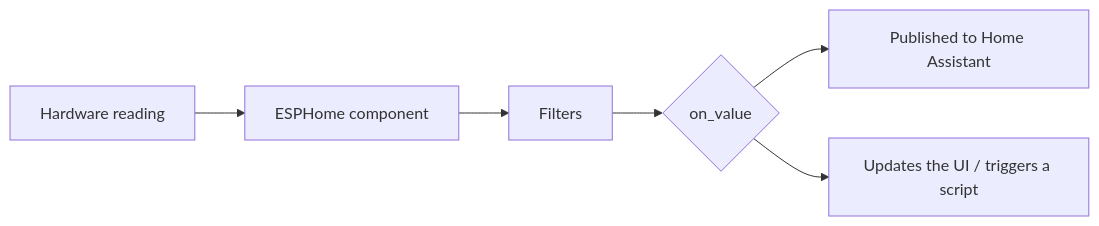
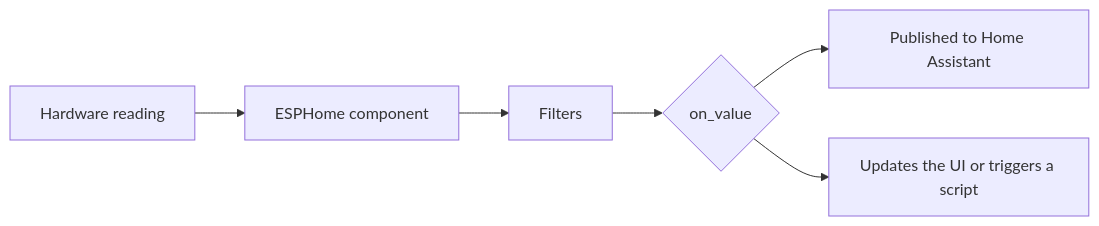
The second of 4 diagrams in firmware/FIRMWARE.md (Yourm5m5/Homedeck), drawn with Mermaid before and after one commit. The commit also changed other lines of this file, not shown here.

````diff
--- a/firmware/FIRMWARE.md
+++ b/firmware/FIRMWARE.md
@@ -96,6 +98,6 @@
 ```mermaid
 flowchart LR
-    A[Hardware reading] --> B[ESPHome component] --> C[Filters] --> D{on_value}
-    D --> E[Published to Home Assistant]
-    D --> F[Updates the UI / triggers a script]
+    A["Hardware reading"] --> B["ESPHome component"] --> C["Filters"] --> D{"on_value"}
+    D --> E["Published to Home Assistant"]
+    D --> F["Updates the UI or triggers a script"]
 ```
````
